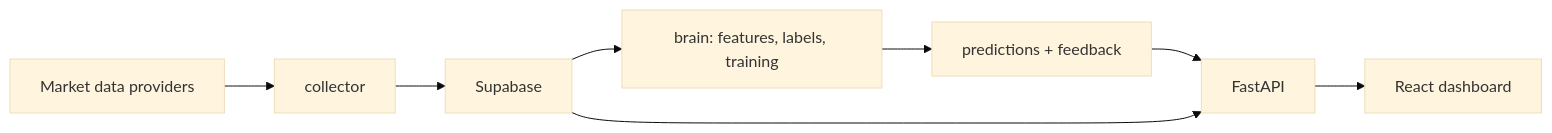
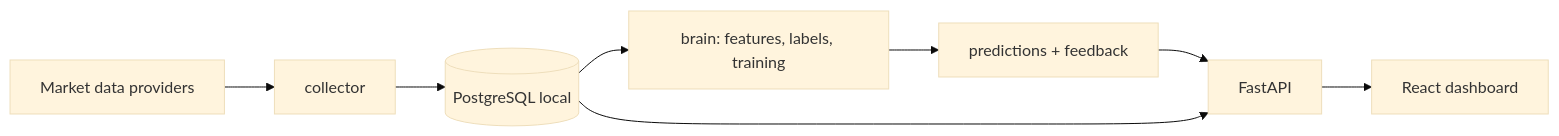
The diagram in README.md (p5Patricio/faro), drawn with Mermaid (base theme) before and after one commit. The commit also changed other lines of this file and 1 other file, not shown here.

Commit message:
docs: remove stale Supabase mentions in README and PLAN_MEJORAS_PROFESIONALES
Both files predate the local-postgres-migration/telegram-notifications
session and were missed by that change's own verify passes (rg scope was
.py/.ts/.tsx/.yml only, never .md). Affects both changes' shared docs:

- README.md: architecture Mermaid diagram now shows PostgreSQL local
  instead of Supabase; Estructura table's supabase/migrations/ row
  repointed to db/migrations/
- PLAN_MEJORAS_PROFESIONALES.md: registry/database recommendations, RLS
  applicability, and workflow-snapshot mentions updated to PostgreSQL
  local; the RLS row now explicitly notes Supabase has been removed from
  the stack; the one remaining Supabase mention is a historical citation
  link, left as-is

````diff
--- a/README.md
+++ b/README.md
@@ -37,10 +37,10 @@
 ```mermaid
 flowchart LR
   sources["Market data providers"] --> collector["collector"]
-  collector --> supabase["Supabase"]
-  supabase --> brain["brain: features, labels, training"]
+  collector --> postgres[("PostgreSQL local")]
+  postgres --> brain["brain: features, labels, training"]
   brain --> predictions["predictions + feedback"]
   predictions --> api["FastAPI"]
-  supabase --> api
+  postgres --> api
   api --> ui["React dashboard"]
 ```
````
